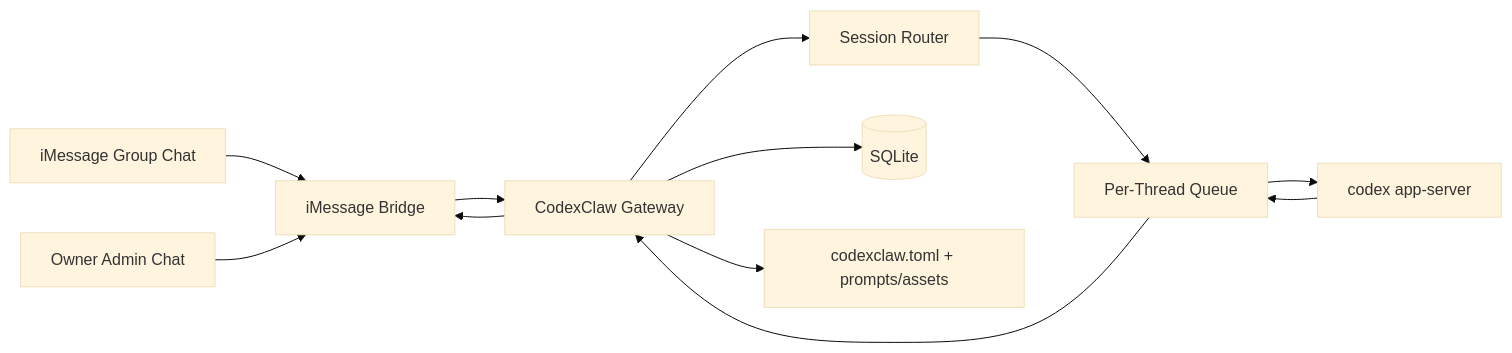
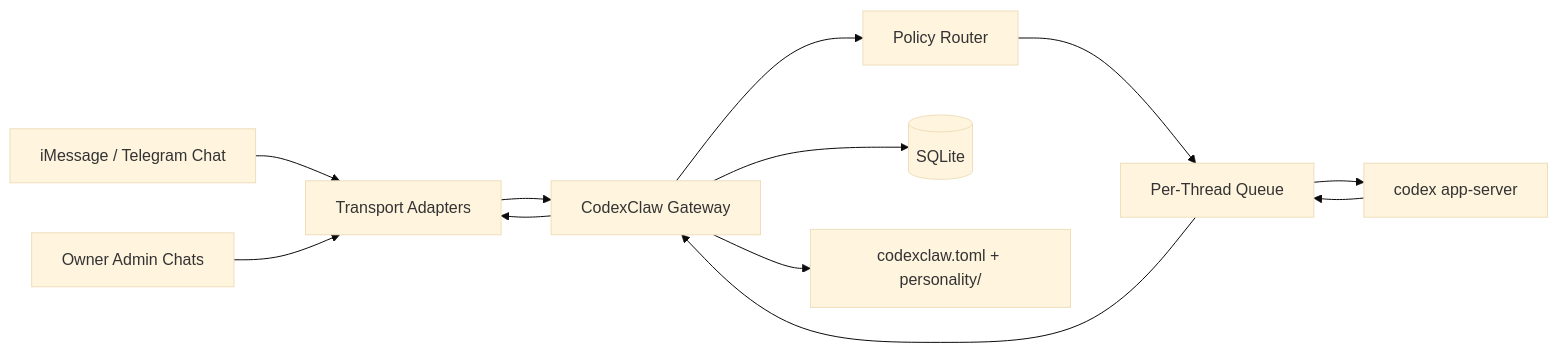
The diagram in docs/architecture.md (hackthehackerman/CodexClaw), drawn with Mermaid (base theme) before and after one commit. The commit also changed other lines of this file and 37 other files, not shown here.

Commit message:
Add transport policies, CLI, and Telegram support

````diff
--- a/docs/architecture.md
+++ b/docs/architecture.md
@@ -45,14 +49,14 @@
 ```mermaid
 flowchart LR
-    Group["iMessage Group Chat"] --> Bridge["iMessage Bridge"]
-    Owner["Owner Admin Chat"] --> Bridge
+    Group["iMessage / Telegram Chat"] --> Bridge["Transport Adapters"]
+    Owner["Owner Admin Chats"] --> Bridge
     Bridge --> Gateway["CodexClaw Gateway"]
-    Gateway --> Router["Session Router"]
+    Gateway --> Router["Policy Router"]
     Router --> Queue["Per-Thread Queue"]
     Queue --> Codex["codex app-server"]
     Codex --> Queue
     Queue --> Gateway
     Gateway --> Bridge
     Gateway --> DB[("SQLite")]
-    Gateway --> Config["codexclaw.toml + prompts/assets"]
+    Gateway --> Config["codexclaw.toml + personality/"]
 ```
````
